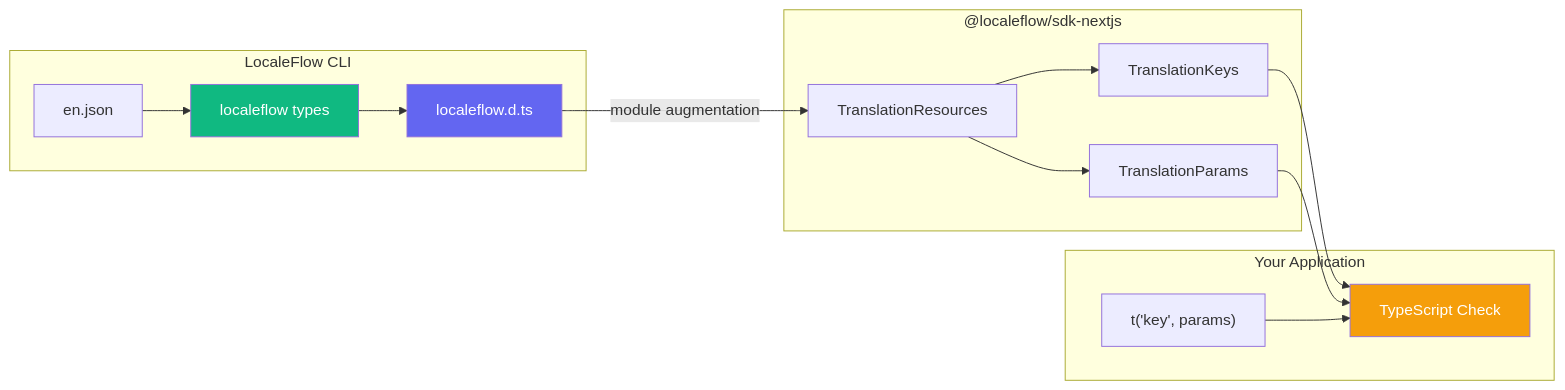
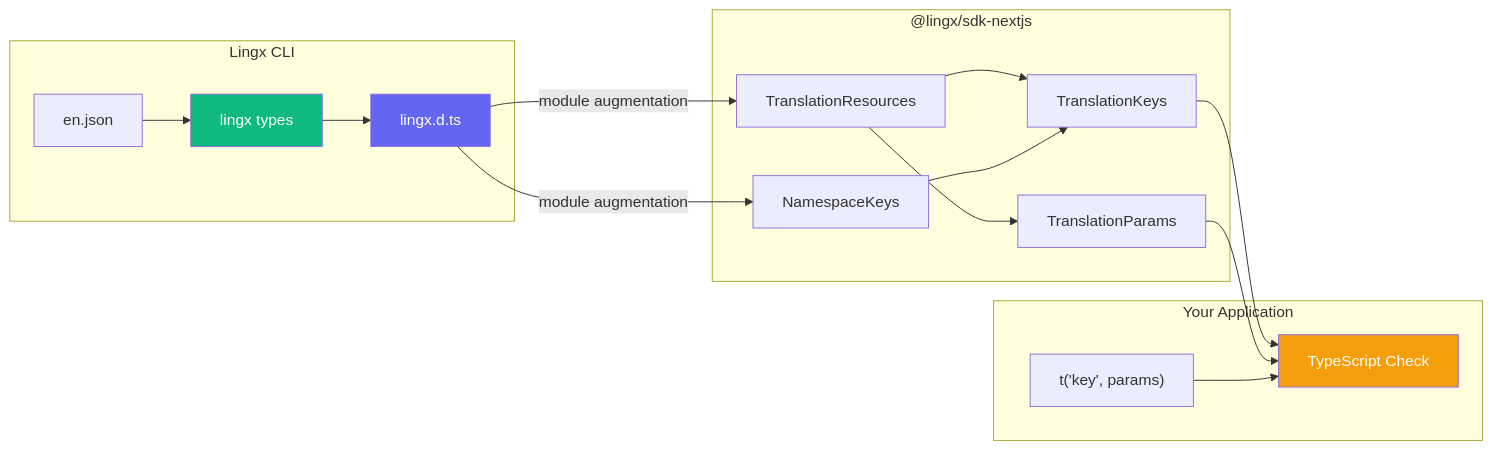
One commit to VinniZP/lingx changed the diagram in packages/sdk-nextjs/docs/type-safety.md. Above: the diagram before and after it, drawn with Mermaid. The commit also changed other lines of this file and 322 other files, not shown here.

First line of the commit message:
refactor: rebrand LocaleFlow to Lingx

````diff
--- a/packages/sdk-nextjs/docs/type-safety.md
+++ b/packages/sdk-nextjs/docs/type-safety.md
@@ -7,32 +7,35 @@
 ```mermaid
 flowchart LR
-    subgraph CLI["LocaleFlow CLI"]
+    subgraph CLI["Lingx CLI"]
         JSON["en.json"]
-        Gen["localeflow types"]
-        DTS["localeflow.d.ts"]
+        Gen["lingx types"]
+        DTS["lingx.d.ts"]
     end
 
-    subgraph SDK["@localeflow/sdk-nextjs"]
+    subgraph SDK["@lingx/sdk-nextjs"]
         TR["TranslationResources"]
+        NK["NamespaceKeys"]
         TK["TranslationKeys"]
         TP["TranslationParams"]
     end
 
     subgraph App["Your Application"]
         Code["t('key', params)"]
         Check["TypeScript Check"]
     end
 
     JSON --> Gen
     Gen --> DTS
     DTS -->|"module augmentation"| TR
+    DTS -->|"module augmentation"| NK
     TR --> TK
     TR --> TP
+    NK --> TK
     TK --> Check
     TP --> Check
     Code --> Check
 
     style Gen fill:#10b981,color:#fff
     style DTS fill:#6366f1,color:#fff
     style Check fill:#f59e0b,color:#fff
 ```
````
